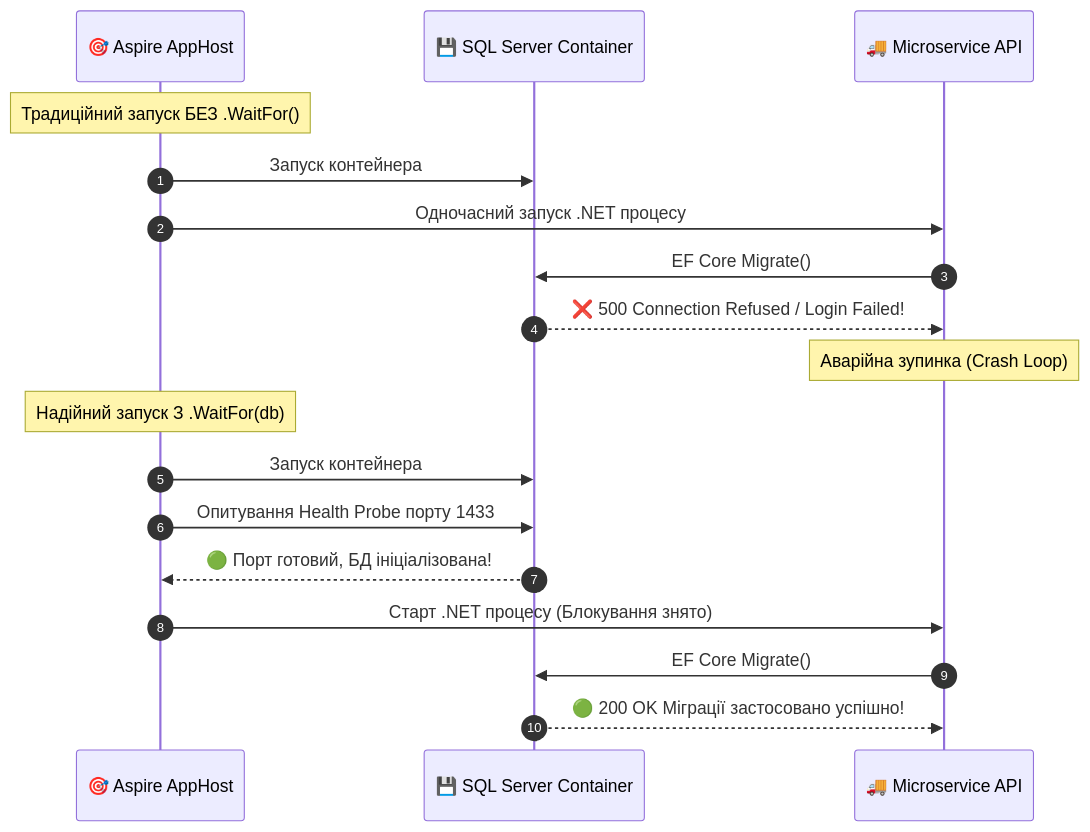
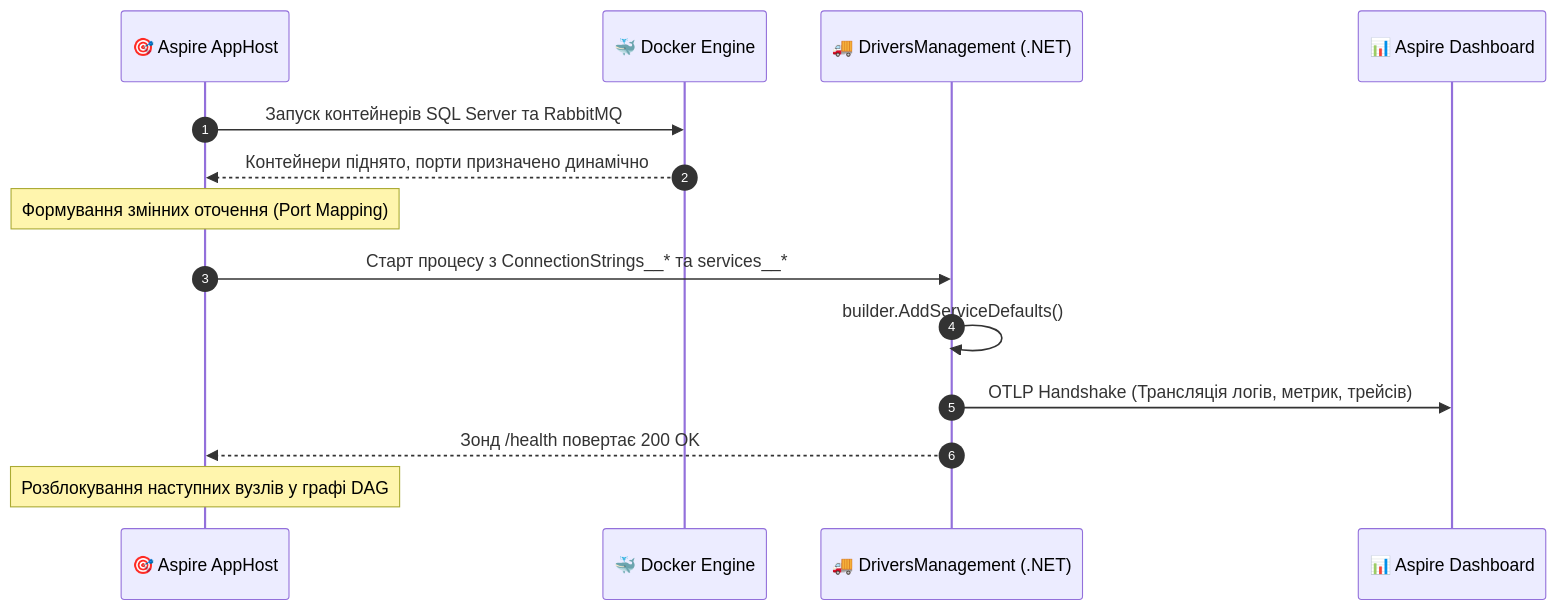
Before and after one commit to MrTomkaYurii/Demo-CargoDeliveryService: the fourth of 4 diagrams in 02-Microservices-Craftsman/02-01-Aspire-Documentation/01_Aspire_Orchestration_AppHost_DeepDive.md, drawn with Mermaid. The commit also changed other lines of this file and 5 other files, not shown here.

Commit message:
docs(aspire): expand guides 01-06 into comprehensive masterclass with deep theory, code dissections, and verified mermaid diagrams

````diff
--- a/02-Microservices-Craftsman/02-01-Aspire-Documentation/01_Aspire_Orchestration_AppHost_DeepDive.md
+++ b/02-Microservices-Craftsman/02-01-Aspire-Documentation/01_Aspire_Orchestration_AppHost_DeepDive.md
@@ -185,22 +366,17 @@
 ```mermaid
 sequenceDiagram
     autonumber
     participant Host as 🎯 Aspire AppHost
-    participant DB as 💾 SQL Server Container
-    participant Service as 🚚 Microservice API
+    participant Engine as 🐳 Docker Engine
+    participant Service as 🚚 DriversManagement (.NET)
+    participant Dash as 📊 Aspire Dashboard
 
-    Note over Host: Традиційний запуск БЕЗ .WaitFor()
-    Host->>DB: Запуск контейнера
-    Host->>Service: Одночасний запуск .NET процесу
-    Service->>DB: EF Core Migrate()
-    DB-->>Service: ❌ 500 Connection Refused / Login Failed!
-    Note over Service: Аварійна зупинка (Crash Loop)
-
-    Note over Host: Надійний запуск З .WaitFor(db)
-    Host->>DB: Запуск контейнера
-    Host->>DB: Опитування Health Probe порту 1433
-    DB-->>Host: 🟢 Порт готовий, БД ініціалізована!
-    Host->>Service: Старт .NET процесу (Блокування знято)
-    Service->>DB: EF Core Migrate()
-    DB-->>Service: 🟢 200 OK Міграції застосовано успішно!
+    Host->>Engine: Запуск контейнерів SQL Server та RabbitMQ
+    Engine-->>Host: Контейнери піднято, порти призначено динамічно
+    Note over Host: Формування змінних оточення (Port Mapping)
+    Host->>Service: Старт процесу з ConnectionStrings__* та services__*
+    Service->>Service: builder.AddServiceDefaults()
+    Service->>Dash: OTLP Handshake (Трансляція логів, метрик, трейсів)
+    Service-->>Host: Зонд /health повертає 200 OK
+    Note over Host: Розблокування наступних вузлів у графі DAG
 ```
````
